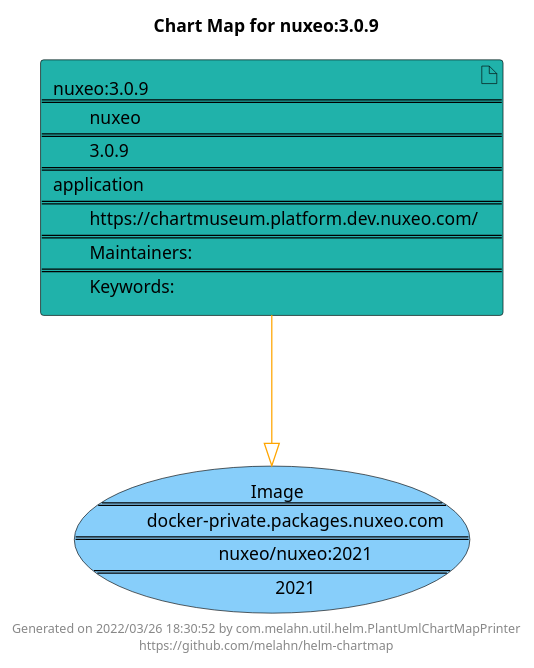
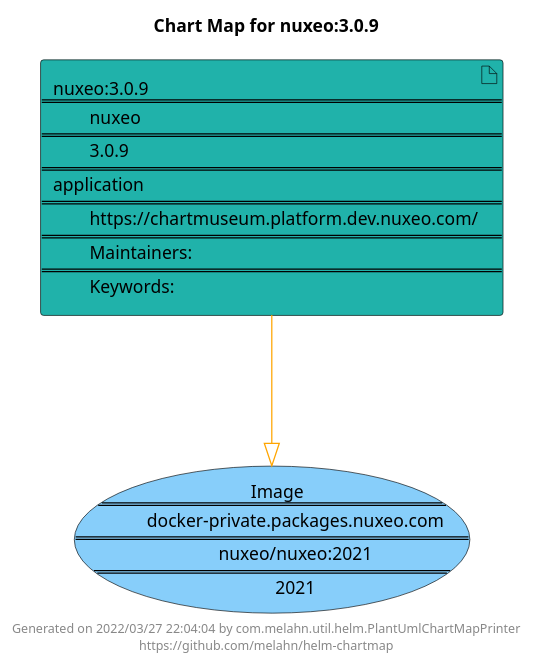
Before and after one commit to melahn/helm-chartmap: the diagram in docs/nuxeo/nuxeo-3.0.9.puml, drawn with PlantUML. The commit also changed 55 other files, not shown here.

Commit message:
Update Example Chart Maps as part of GitHub build

```diff
--- a/docs/nuxeo/nuxeo-3.0.9.puml
+++ b/docs/nuxeo/nuxeo-3.0.9.puml
@@ -1,21 +1,21 @@
 @startuml
 skinparam linetype ortho
 skinparam backgroundColor white
 skinparam usecaseBorderColor black
 skinparam usecaseArrowColor LightSlateGray
 skinparam artifactBorderColor black
 skinparam artifactArrowColor LightSlateGray
 
 title Chart Map for nuxeo:3.0.9
 
 'There is one referenced Helm Chart
 artifact "nuxeo:3.0.9\n====\n\tnuxeo\n====\n\t3.0.9\n====\napplication\n====\n\thttps://chartmuseum.platform.dev.nuxeo.com/\n====\n\tMaintainers: \n====\n\tKeywords: " as nuxeo_3_0_9 #LightSeaGreen
 
 'There is one referenced Docker Image
 usecase "Image\n====\n\tdocker-private.packages.nuxeo.com\n====\n\tnuxeo/nuxeo:2021\n====\n\t2021" as docker_private_packages_nuxeo_com_nuxeo_nuxeo_2021 #LightSkyBlue
 
 'Chart Dependencies
 nuxeo_3_0_9--[#orange]-|>docker_private_packages_nuxeo_com_nuxeo_nuxeo_2021
 
-center footer Generated on 2022/03/26 18:30:52 by com.melahn.util.helm.PlantUmlChartMapPrinter\nhttps://github.com/melahn/helm-chartmap
+center footer Generated on 2022/03/27 22:04:04 by com.melahn.util.helm.PlantUmlChartMapPrinter\nhttps://github.com/melahn/helm-chartmap
 @enduml
```
